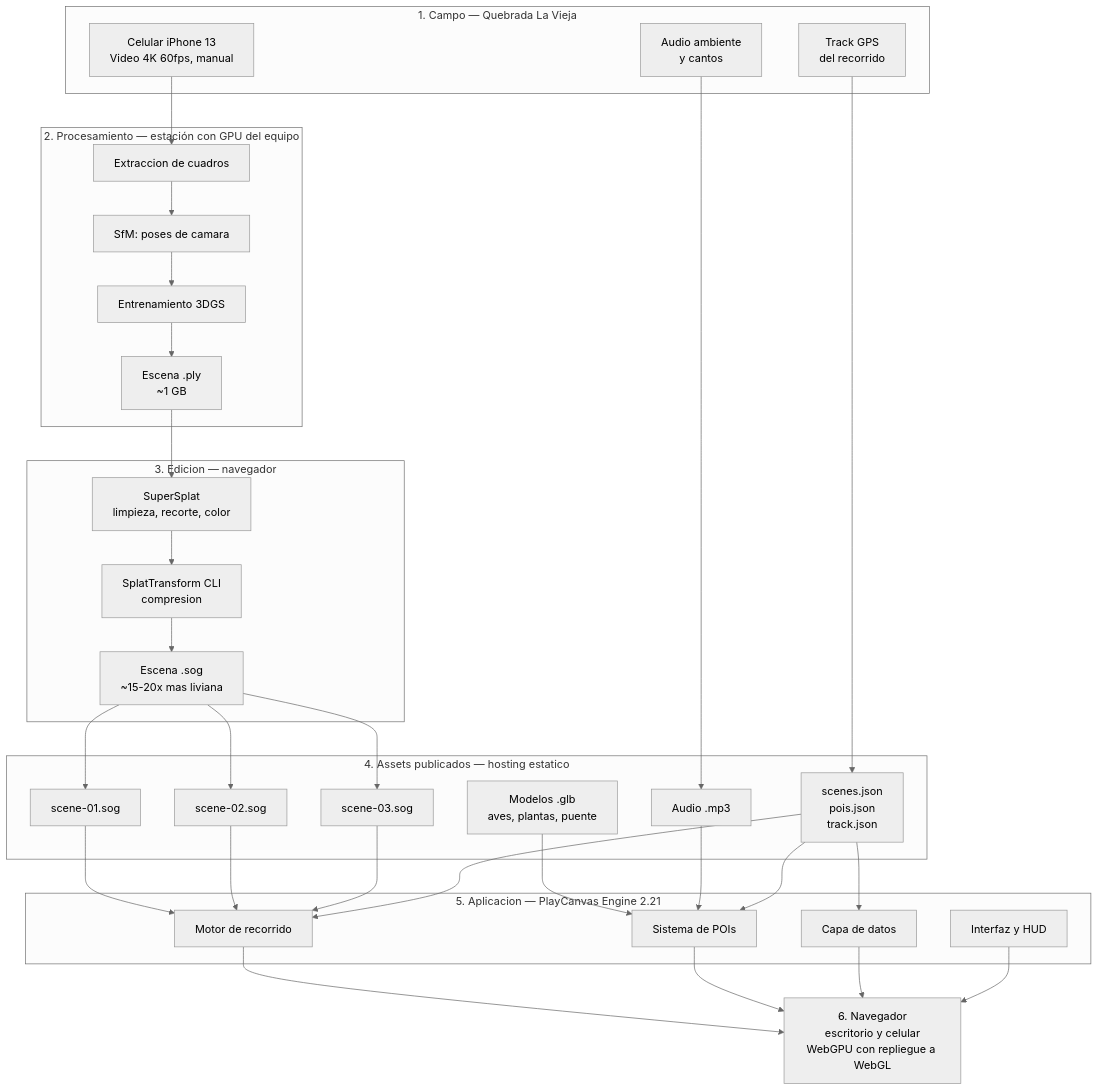
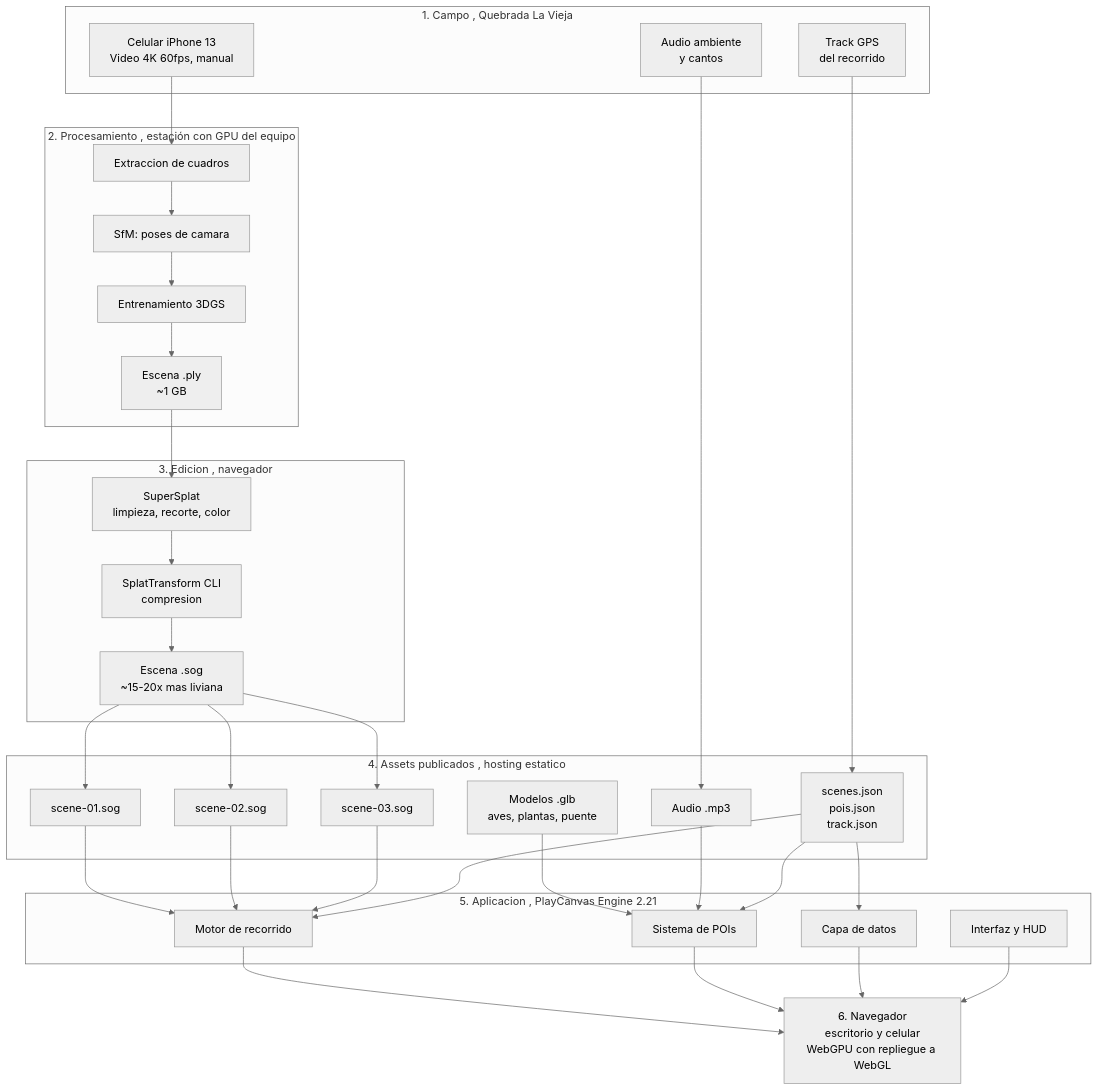
The first of 7 diagrams in docs/arquitectura.md (JuanUrrego146/SenderoVivo), drawn with Mermaid (neutral theme) before and after one commit. The commit also changed other lines of this file and 18 other files, not shown here.

````diff
--- a/docs/arquitectura.md
+++ b/docs/arquitectura.md
@@ -16,52 +16,52 @@
 ```mermaid
 flowchart TB
-    subgraph campo["1. Campo — Quebrada La Vieja"]
+    subgraph campo["1. Campo , Quebrada La Vieja"]
         CAM["Celular iPhone 13<br/>Video 4K 60fps, manual"]
         GPS["Track GPS<br/>del recorrido"]
         AUD["Audio ambiente<br/>y cantos"]
     end
 
-    subgraph proc["2. Procesamiento — estación con GPU del equipo"]
+    subgraph proc["2. Procesamiento , estación con GPU del equipo"]
         FRM["Extraccion de cuadros"]
         SFM["SfM: poses de camara"]
         TRN["Entrenamiento 3DGS"]
         PLY["Escena .ply<br/>~1 GB"]
     end
 
-    subgraph edit["3. Edicion — navegador"]
+    subgraph edit["3. Edicion , navegador"]
         SS["SuperSplat<br/>limpieza, recorte, color"]
         ST["SplatTransform CLI<br/>compresion"]
         SOG["Escena .sog<br/>~15-20x mas liviana"]
     end
 
-    subgraph assets["4. Assets publicados — hosting estatico"]
+    subgraph assets["4. Assets publicados , hosting estatico"]
         S1["scene-01.sog"]
         S2["scene-02.sog"]
         S3["scene-03.sog"]
         GLB["Modelos .glb<br/>aves, plantas, puente"]
         SND["Audio .mp3"]
         CFG["scenes.json<br/>pois.json<br/>track.json"]
     end
 
-    subgraph app["5. Aplicacion — PlayCanvas Engine 2.21"]
+    subgraph app["5. Aplicacion , PlayCanvas Engine 2.21"]
         ENG["Motor de recorrido"]
         POI["Sistema de POIs"]
         DATA["Capa de datos"]
         UI["Interfaz y HUD"]
     end
 
     NAV["6. Navegador<br/>escritorio y celular<br/>WebGPU con repliegue a WebGL"]
 
     CAM --> FRM --> SFM --> TRN --> PLY --> SS --> ST --> SOG
     SOG --> S1 & S2 & S3
     GPS --> CFG
     AUD --> SND
     S1 & S2 & S3 --> ENG
     GLB --> POI
     SND --> POI
     CFG --> ENG & POI & DATA
     ENG --> NAV
     POI --> NAV
     DATA --> NAV
     UI --> NAV
 ```
````
